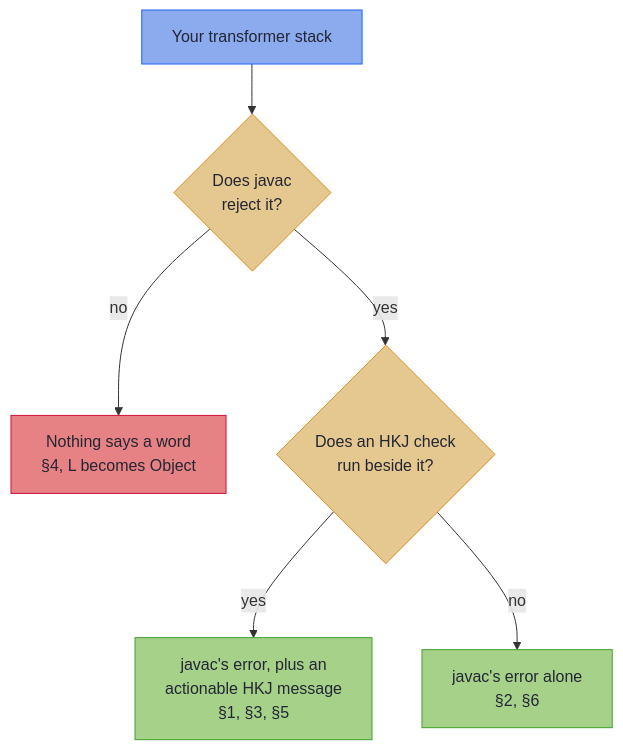
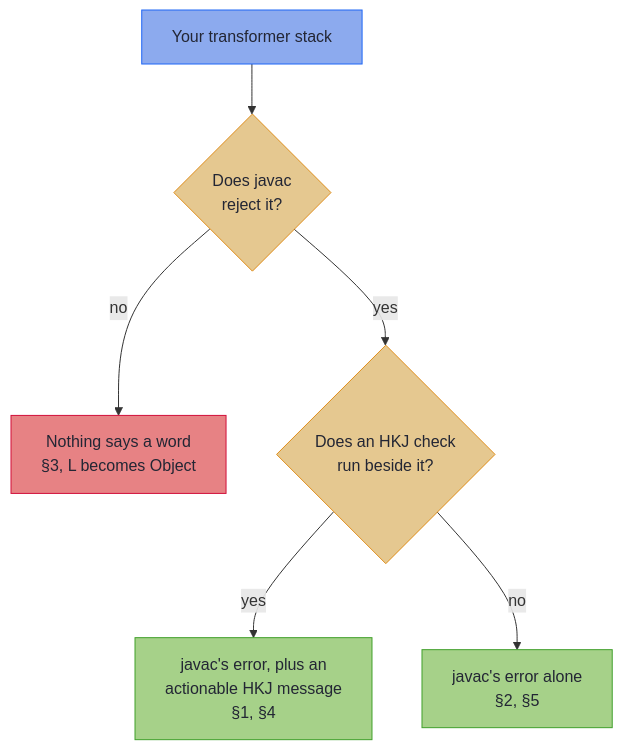
Before and after one commit to higher-kinded-j/higher-kinded-j.github.io: the diagram in latest/transformers/common_errors.md, drawn with Mermaid. The commit also changed other lines of this file and 343 other files, not shown here.

````diff
--- a/latest/transformers/common_errors.md
+++ b/latest/transformers/common_errors.md
@@ -36,24 +34,24 @@
 ```mermaid
 flowchart TD
     C["Your transformer stack"]
     J{"Does javac<br/>reject it?"}
-    N["Nothing says a word<br/>§4, L becomes Object"]
+    N["Nothing says a word<br/>§3, L becomes Object"]
     K{"Does an HKJ check<br/>run beside it?"}
-    KE["javac's error, plus an<br/>actionable HKJ message<br/>§1, §3, §5"]
-    JO["javac's error alone<br/>§2, §6"]
+    KE["javac's error, plus an<br/>actionable HKJ message<br/>§1, §4"]
+    JO["javac's error alone<br/>§2, §5"]
 
     C --> J
     J -->|no| N
     J -->|yes| K
     K -->|yes| KE
     K -->|no| JO
 
     classDef step fill:#8caaee,stroke:#1e66f5,color:#232634
     classDef decision fill:#e5c890,stroke:#df8e1d,color:#232634
     classDef caught fill:#a6d189,stroke:#40a02b,color:#232634
     classDef missed fill:#e78284,stroke:#d20f39,color:#232634
     class C step
     class J,K decision
     class KE,JO caught
     class N missed
 ```
````
